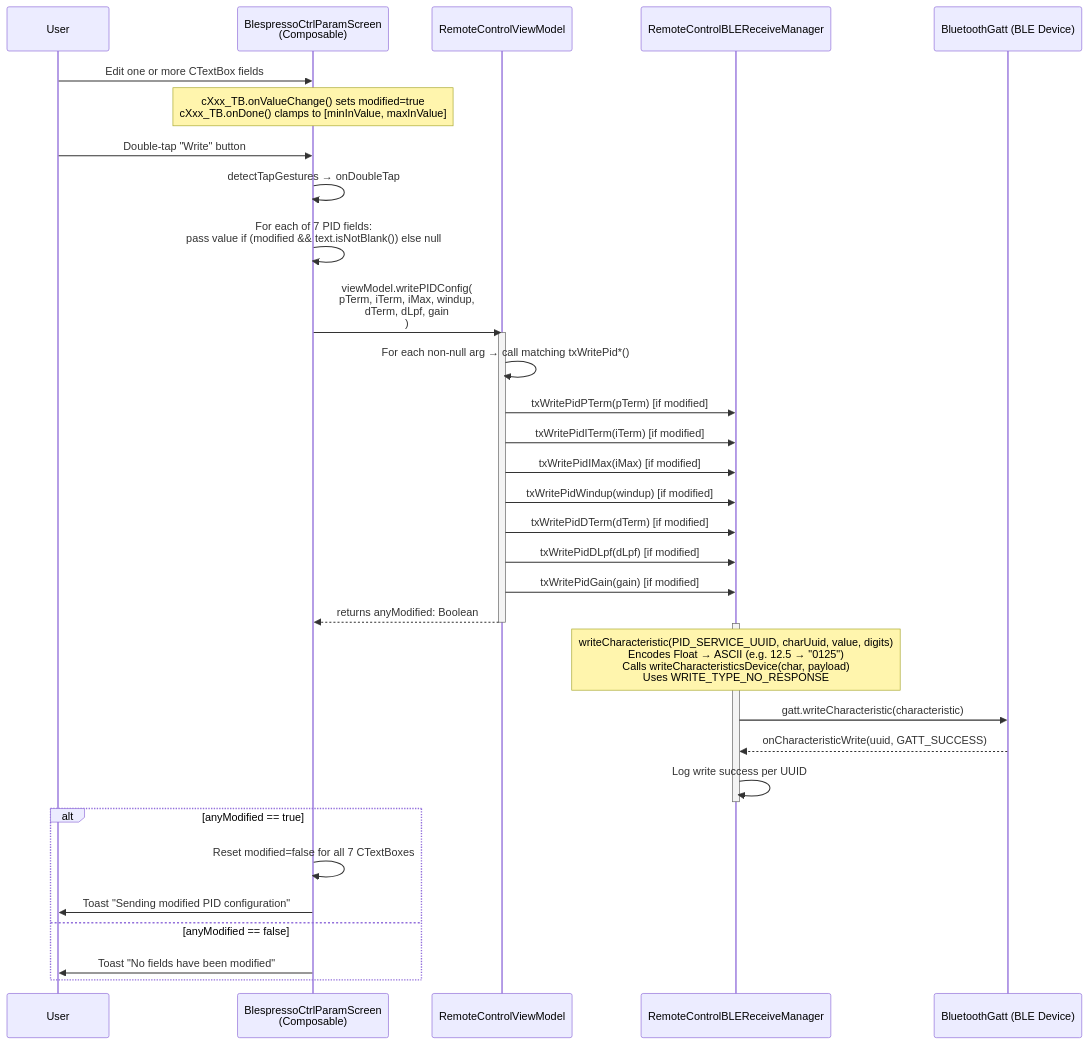
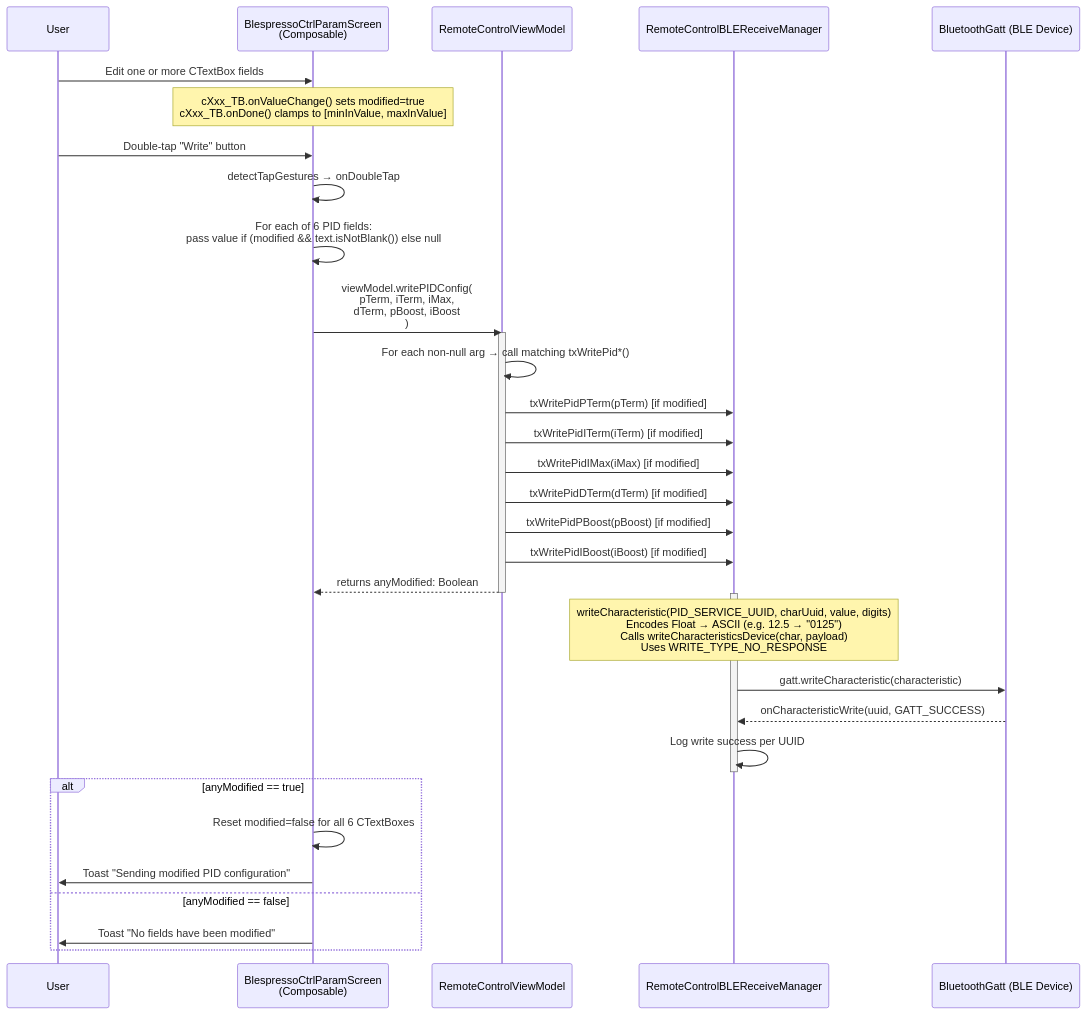
Before and after one commit to FranciscoGomezR/BLEspresso_app: the diagram in docs/architecture/flows/controller-param-write/README.md, drawn with Mermaid. The commit also changed other lines of this file and 15 other files, not shown here.

````diff
--- a/docs/architecture/flows/controller-param-write/README.md
+++ b/docs/architecture/flows/controller-param-write/README.md
@@ -14,44 +14,43 @@
 ```mermaid
 sequenceDiagram
     participant User
     participant Screen as BlespressoCtrlParamScreen<br/>(Composable)
     participant VM as RemoteControlViewModel
     participant BLEMgr as RemoteControlBLEReceiveManager
     participant GATT as BluetoothGatt (BLE Device)
 
     User->>Screen: Edit one or more CTextBox fields
     Note over Screen: cXxx_TB.onValueChange() sets modified=true<br/>cXxx_TB.onDone() clamps to [minInValue, maxInValue]
 
     User->>Screen: Double-tap "Write" button
     Screen->>Screen: detectTapGestures → onDoubleTap
 
-    Screen->>Screen: For each of 7 PID fields:<br/>pass value if (modified && text.isNotBlank()) else null
+    Screen->>Screen: For each of 6 PID fields:<br/>pass value if (modified && text.isNotBlank()) else null
 
-    Screen->>VM: viewModel.writePIDConfig(<br/>  pTerm, iTerm, iMax, windup,<br/>  dTerm, dLpf, gain<br/>)
+    Screen->>VM: viewModel.writePIDConfig(<br/>  pTerm, iTerm, iMax,<br/>  dTerm, pBoost, iBoost<br/>)
 
     activate VM
     VM->>VM: For each non-null arg → call matching txWritePid*()
     VM->>BLEMgr: txWritePidPTerm(pTerm)   [if modified]
     VM->>BLEMgr: txWritePidITerm(iTerm)   [if modified]
     VM->>BLEMgr: txWritePidIMax(iMax)     [if modified]
-    VM->>BLEMgr: txWritePidWindup(windup) [if modified]
     VM->>BLEMgr: txWritePidDTerm(dTerm)   [if modified]
-    VM->>BLEMgr: txWritePidDLpf(dLpf)    [if modified]
-    VM->>BLEMgr: txWritePidGain(gain)     [if modified]
+    VM->>BLEMgr: txWritePidPBoost(pBoost) [if modified]
+    VM->>BLEMgr: txWritePidIBoost(iBoost) [if modified]
     VM-->>Screen: returns anyModified: Boolean
     deactivate VM
 
     activate BLEMgr
     Note over BLEMgr: writeCharacteristic(PID_SERVICE_UUID, charUuid, value, digits)<br/>Encodes Float → ASCII (e.g. 12.5 → "0125")<br/>Calls writeCharacteristicsDevice(char, payload)<br/>Uses WRITE_TYPE_NO_RESPONSE
     BLEMgr->>GATT: gatt.writeCharacteristic(characteristic)
     GATT-->>BLEMgr: onCharacteristicWrite(uuid, GATT_SUCCESS)
     BLEMgr->>BLEMgr: Log write success per UUID
     deactivate BLEMgr
 
     alt anyModified == true
-        Screen->>Screen: Reset modified=false for all 7 CTextBoxes
+        Screen->>Screen: Reset modified=false for all 6 CTextBoxes
         Screen->>User: Toast "Sending modified PID configuration"
     else anyModified == false
         Screen->>User: Toast "No fields have been modified"
     end
 ```
````
